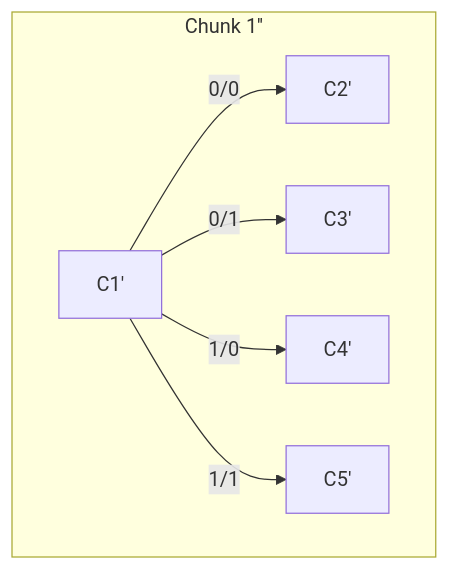
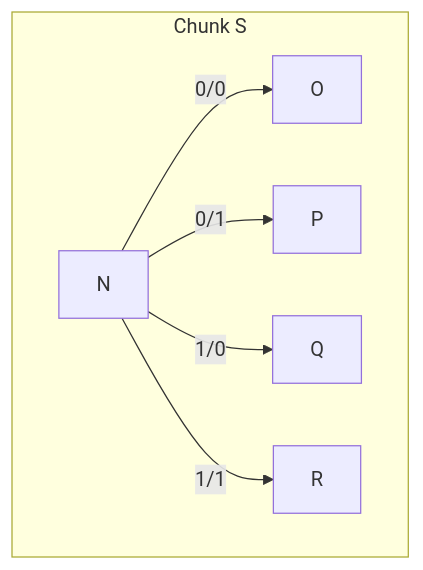
Diagram 23 of 29 in packages/dds/tree/docs/wip/treeStorage.md (microsoft/FluidFramework), drawn with Mermaid before and after one commit. The commit also changed other lines of this file, not shown here.

````diff
--- a/packages/dds/tree/docs/wip/treeStorage.md
+++ b/packages/dds/tree/docs/wip/treeStorage.md
@@ -586,9 +683,9 @@
 ```mermaid
 graph TD;
-    subgraph Chunk 1''
-    C1'--0/0-->C2';
-    C1'--0/1-->C3';
-    C1'--1/0-->C4';
-    C1'--1/1-->C5';
+    subgraph Chunk S
+        N--0/0-->O;
+        N--0/1-->P;
+        N--1/0-->Q;
+        N--1/1-->R;
     end
 ```
````
